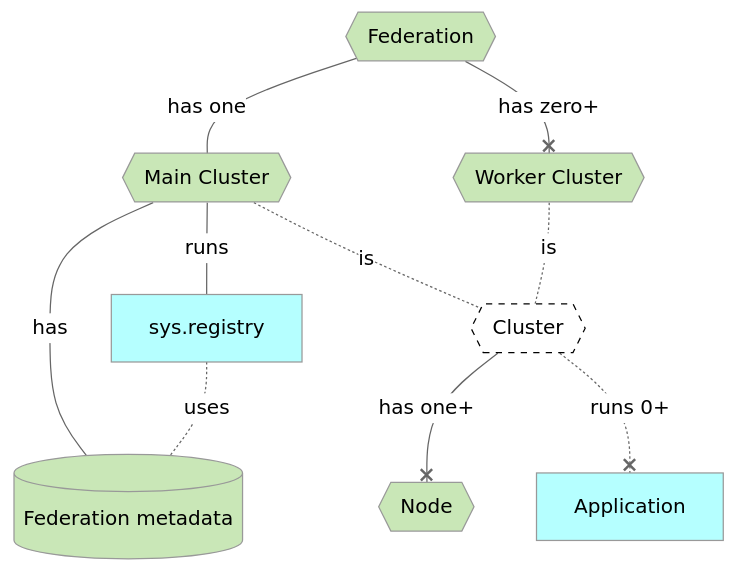
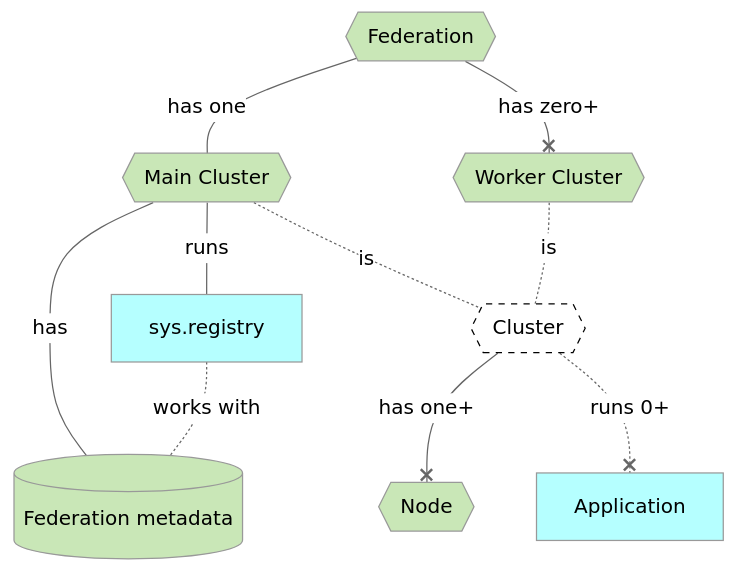
One commit to voedger/voedger-docs changed the diagram in concepts/clusters-and-federations.md. Above: the diagram before and after it, drawn with Mermaid (neutral theme).

Commit message:
Update relationship between Registry and db.Registry in clusters and federations concept

````diff
--- a/concepts/clusters-and-federations.md
+++ b/concepts/clusters-and-federations.md
@@ -11,33 +11,33 @@
 ```mermaid
 flowchart TD
 
 %% Entities ====================
 
 Federation{{Federation}}:::H
 MainCluster{{Main Cluster}}:::H
 WorkerCluster{{Worker Cluster}}:::H
 Registry[sys.registry]:::S
 Cluster{{Cluster}}:::G
 Node{{Node}}:::H
 db.Registry[(Federation metadata)]:::H
 App[Application]:::S
 
 
 %% Relations ====================
 
 MainCluster ---|runs| Registry
 MainCluster --- |has| db.Registry
-Registry -.-|uses| db.Registry
+Registry -.-|works with| db.Registry
 
 Federation ---|has one| MainCluster
 Federation --x|has zero+| WorkerCluster
 MainCluster -.-|is| Cluster
 WorkerCluster -.-|is| Cluster
 Cluster --x|has one+| Node
 Cluster -.-x|runs 0+| App
 
 classDef B fill:#FFFFB5
 classDef S fill:#B5FFFF
 classDef H fill:#C9E7B7
 classDef G fill:#FFFFFF,stroke:#000000, stroke-width:1px, stroke-dasharray: 5 5
 ```
````
